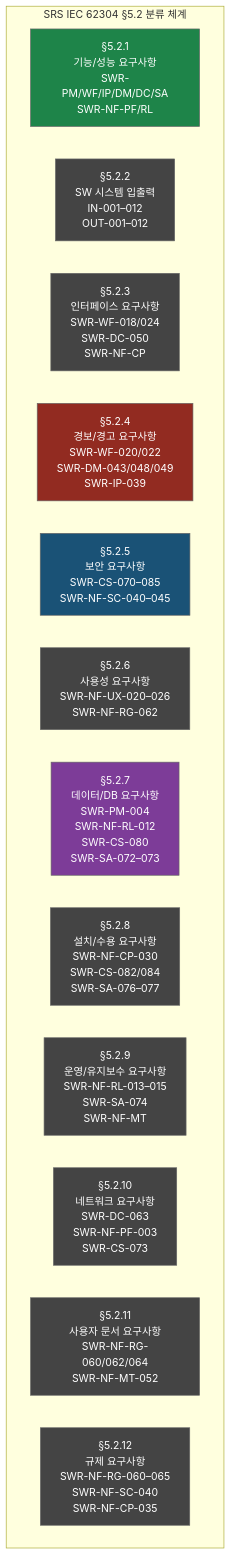
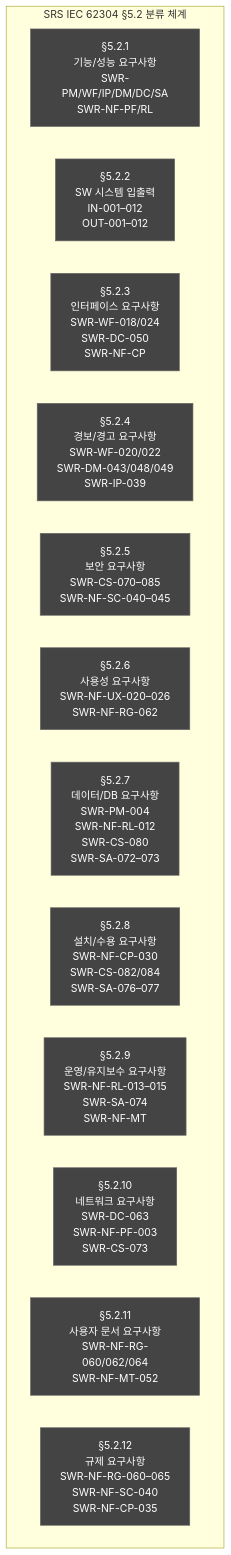
Before and after one commit to holee9/console-gui: the sixth of 6 diagrams in docs/planning/DOC-005_SRS_v2.0.md, drawn with Mermaid. The commit also changed other lines of this file and 35 other files, not shown here.

First line of the commit message:
fix: 전체 Mermaid 차트 색상 진한 회색 통일

````diff
--- a/docs/planning/DOC-005_SRS_v2.0.md
+++ b/docs/planning/DOC-005_SRS_v2.0.md
@@ -940,23 +940,23 @@
 ```mermaid
 graph TD
     classDef default fill:#444,stroke:#666,color:#fff
     subgraph SRS_Sections["SRS IEC 62304 §5.2 분류 체계"]
         S521["§5.2.1\n기능/성능 요구사항\nSWR-PM/WF/IP/DM/DC/SA\nSWR-NF-PF/RL"]
         S522["§5.2.2\nSW 시스템 입출력\nIN-001–012\nOUT-001–012"]
         S523["§5.2.3\n인터페이스 요구사항\nSWR-WF-018/024\nSWR-DC-050\nSWR-NF-CP"]
         S524["§5.2.4\n경보/경고 요구사항\nSWR-WF-020/022\nSWR-DM-043/048/049\nSWR-IP-039"]
         S525["§5.2.5\n보안 요구사항\nSWR-CS-070–085\nSWR-NF-SC-040–045"]
         S526["§5.2.6\n사용성 요구사항\nSWR-NF-UX-020–026\nSWR-NF-RG-062"]
         S527["§5.2.7\n데이터/DB 요구사항\nSWR-PM-004\nSWR-NF-RL-012\nSWR-CS-080\nSWR-SA-072–073"]
         S528["§5.2.8\n설치/수용 요구사항\nSWR-NF-CP-030\nSWR-CS-082/084\nSWR-SA-076–077"]
         S529["§5.2.9\n운영/유지보수 요구사항\nSWR-NF-RL-013–015\nSWR-SA-074\nSWR-NF-MT"]
         S5210["§5.2.10\n네트워크 요구사항\nSWR-DC-063\nSWR-NF-PF-003\nSWR-CS-073"]
         S5211["§5.2.11\n사용자 문서 요구사항\nSWR-NF-RG-060/062/064\nSWR-NF-MT-052"]
         S5212["§5.2.12\n규제 요구사항\nSWR-NF-RG-060–065\nSWR-NF-SC-040\nSWR-NF-CP-035"]
     end
 
-    style S524 fill:#922b21,color:#fff
-    style S525 fill:#1a5276,color:#fff
-    style S521 fill:#1e8449,color:#fff
-    style S527 fill:#7d3c98,color:#fff
+    style S524 fill:#444,color:#fff
+    style S525 fill:#444,color:#fff
+    style S521 fill:#444,color:#fff
+    style S527 fill:#444,color:#fff
 ```
````
